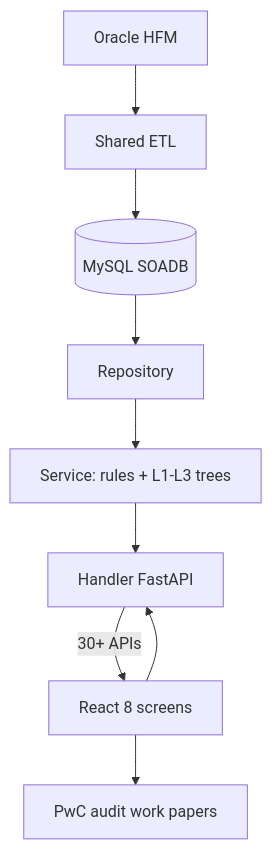
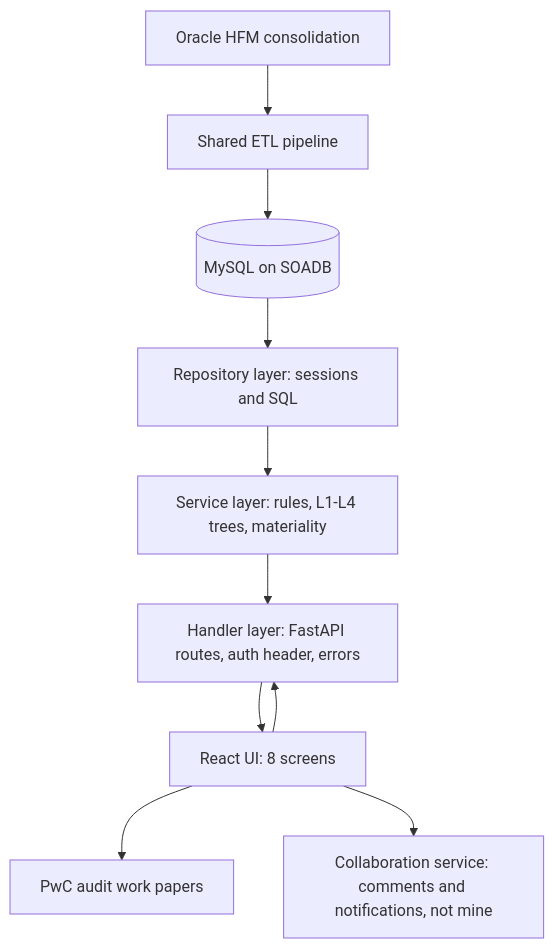
The first of 5 diagrams in final_pygo_ai/prep/23b_uber_interview_packs.md (TM-DEV-PRO/final-resume), drawn with Mermaid before and after one commit. The commit also changed other lines of this file and 617 other files, not shown here.

````diff
--- a/final_pygo_ai/prep/23b_uber_interview_packs.md
+++ b/final_pygo_ai/prep/23b_uber_interview_packs.md
@@ -44,11 +80,12 @@
 ```mermaid
 flowchart TB
-  HFM[Oracle HFM] --> ETL[Shared ETL]
-  ETL --> MySQL[(MySQL SOADB)]
-  MySQL --> Repo[Repository]
-  Repo --> Svc[Service: rules + L1-L3 trees]
-  Svc --> H[Handler FastAPI]
-  UI[React 8 screens] --> H
-  H -->|30+ APIs| UI
-  UI --> PwC[PwC audit work papers]
+  HFM["Oracle HFM consolidation"] --> ETL["Shared ETL pipeline"]
+  ETL --> DB[("MySQL on SOADB")]
+  DB --> Repo["Repository layer: sessions and SQL"]
+  Repo --> Svc["Service layer: rules, L1-L4 trees, materiality"]
+  Svc --> H["Handler layer: FastAPI routes, auth header, errors"]
+  UI["React UI: 8 screens"] --> H
+  H --> UI
+  UI --> PwC["PwC audit work papers"]
+  UI --> Collab["Collaboration service: comments and notifications, not mine"]
 ```
````
